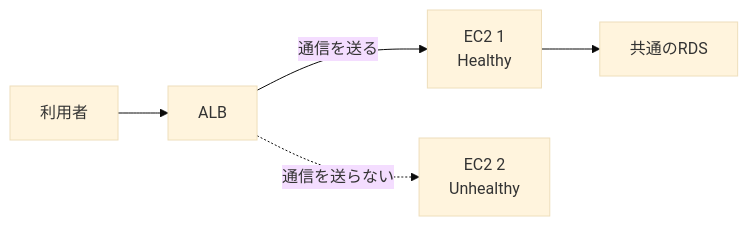
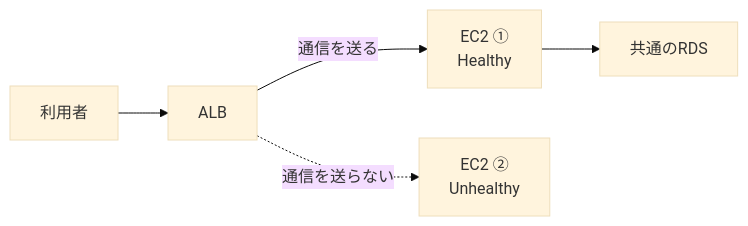
One commit to TORIFUKUKaiou/rails-dojo-year2-content changed the eighth of 8 diagrams in 12/orientation.md. Above: the diagram before and after it, drawn with Mermaid (base theme). The commit also changed other lines of this file and 1 other file, not shown here.

Commit message:
Refactor week 12 curriculum to serialize EC2 setup steps and refine presentation diagrams

````diff
--- a/12/orientation.md
+++ b/12/orientation.md
@@ -231,7 +246,7 @@
 ```mermaid
 flowchart LR
   U["利用者"] --> ALB["ALB"]
-  ALB -->|"通信を送る"| EC21["EC2 1<br>Healthy"]
-  ALB -.->|"通信を送らない"| EC22["EC2 2<br>Unhealthy"]
+  ALB -->|"通信を送る"| EC21["EC2 ①<br>Healthy"]
+  ALB -.->|"通信を送らない"| EC22["EC2 ②<br>Unhealthy"]
   EC21 --> RDS["共通のRDS"]
 ```
````
